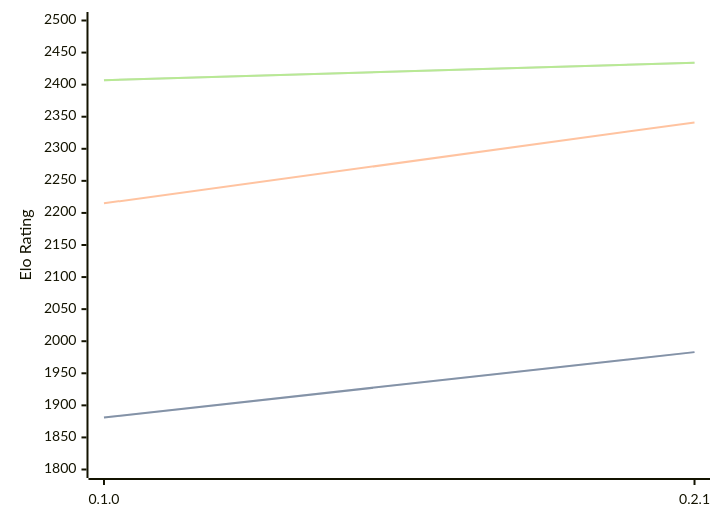
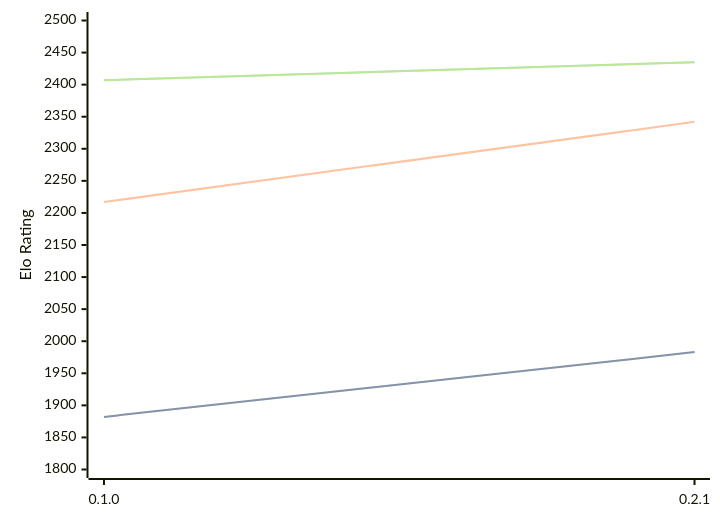
The third of 3 diagrams in engines/Sykora.md (computer-chess-index/cci), drawn with Mermaid before and after one commit. The commit also changed other lines of this file, not shown here.

Commit message:
Update CCI Ratings (ELO VLTC) - 2026-06-23

````diff
--- a/engines/Sykora.md
+++ b/engines/Sykora.md
@@ -66,11 +66,11 @@
 ```mermaid
 %%{init: {"theme":"base","themeVariables":{"seriesColors:['#a3a3a3','#222221','#faa371']}}}%%
 xychart-beta
   x-axis ["0.1.0", "0.2.1"]
   y-axis "Elo Rating" 1800 --> 2500
-  line "STC (8.0+0.08s)" [1881, 1983]
-  line "STC (8.0+0.08s)" [1881, 1983]
-  line "LTC (60.0+0.60s)" [2215, 2341]
-  line "VLTC (2m24s+1.12s)" [2407, 2434]
-  line "VLTC (2m24s+1.12s)" [2407, 2434]
+  line "STC (8.0+0.08s)" [1882, 1983]
+  line "STC (8.0+0.08s)" [1882, 1983]
+  line "LTC (60.0+0.60s)" [2217, 2342]
+  line "VLTC (2m24s+1.12s)" [2407, 2435]
+  line "VLTC (2m24s+1.12s)" [2407, 2435]
 ```
````
